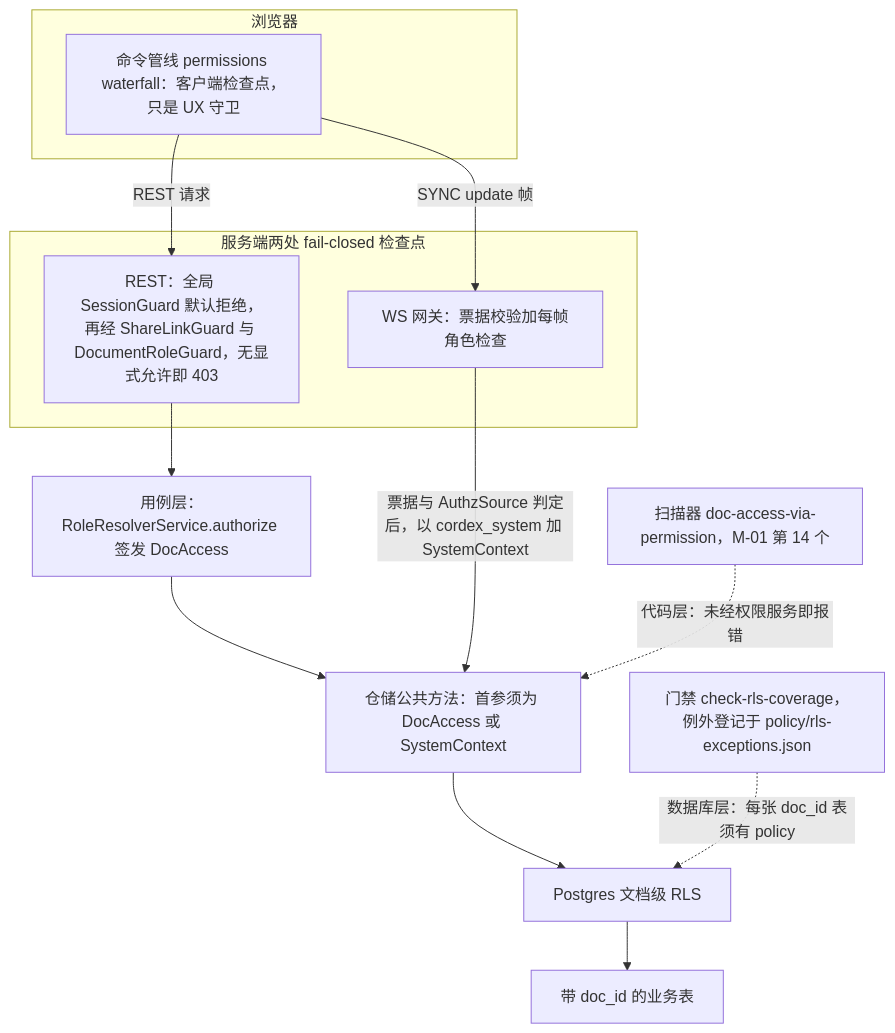
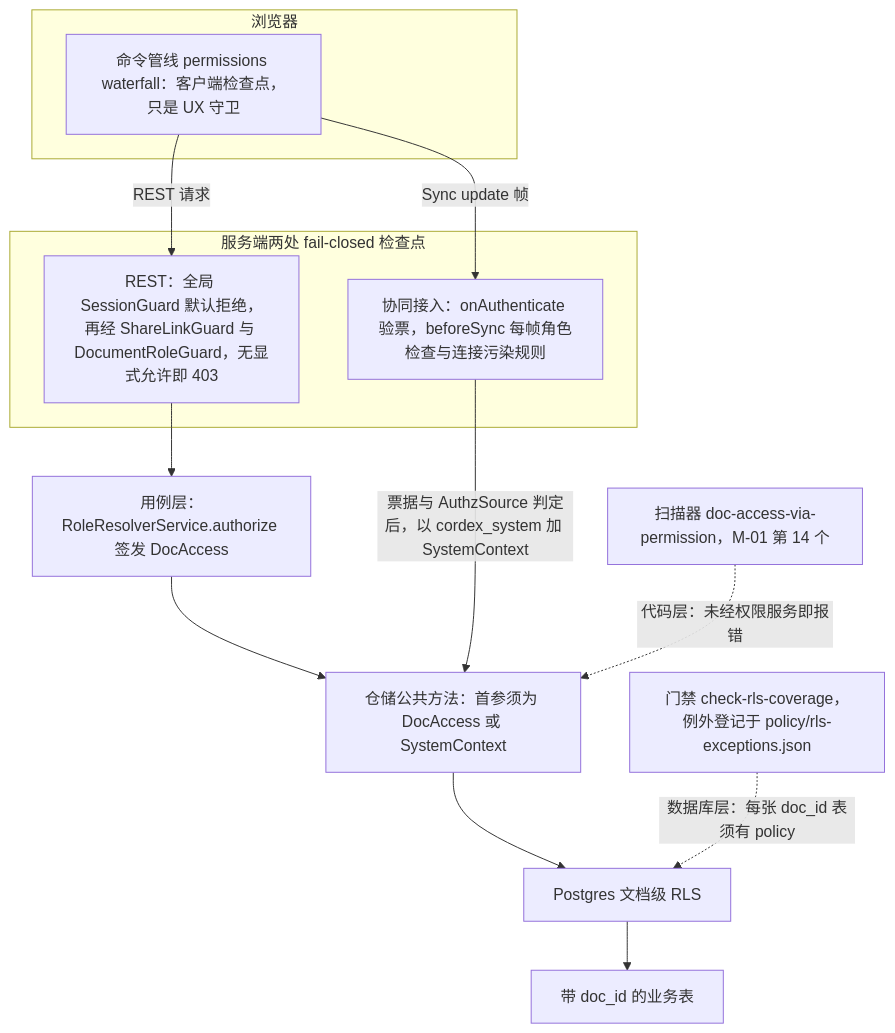
Diagram 42 of 46 in docs/40-modules/19-atlas-backend-and-data.md (Xeonice/cordis-ppt-editor), drawn with Mermaid before and after one commit. The commit also changed other lines of this file and 78 other files, not shown here.

````diff
--- a/docs/40-modules/19-atlas-backend-and-data.md
+++ b/docs/40-modules/19-atlas-backend-and-data.md
@@ -1613,25 +1612,25 @@
 ```mermaid
 flowchart TB
   subgraph client["浏览器"]
     cmd["命令管线 permissions waterfall：客户端检查点，只是 UX 守卫"]
   end
   subgraph gate["服务端两处 fail-closed 检查点"]
     rest["REST：全局 SessionGuard 默认拒绝，再经 ShareLinkGuard 与 DocumentRoleGuard，无显式允许即 403"]
-    ws["WS 网关：票据校验加每帧角色检查"]
+    ws["协同接入：onAuthenticate 验票，beforeSync 每帧角色检查与连接污染规则"]
   end
   svc["用例层：RoleResolverService.authorize 签发 DocAccess"]
   repo["仓储公共方法：首参须为 DocAccess 或 SystemContext"]
   rls["Postgres 文档级 RLS"]
   data["带 doc_id 的业务表"]
   scan1["扫描器 doc-access-via-permission，M-01 第 14 个"]
   scan2["门禁 check-rls-coverage，例外登记于 policy/rls-exceptions.json"]
   cmd -- "REST 请求" --> rest
-  cmd -- "SYNC update 帧" --> ws
+  cmd -- "Sync update 帧" --> ws
   rest --> svc
   svc --> repo
   ws -- "票据与 AuthzSource 判定后，以 cordex_system 加 SystemContext" --> repo
   repo --> rls
   rls --> data
   scan1 -. "代码层：未经权限服务即报错" .-> repo
   scan2 -. "数据库层：每张 doc_id 表须有 policy" .-> rls
 ```
````
